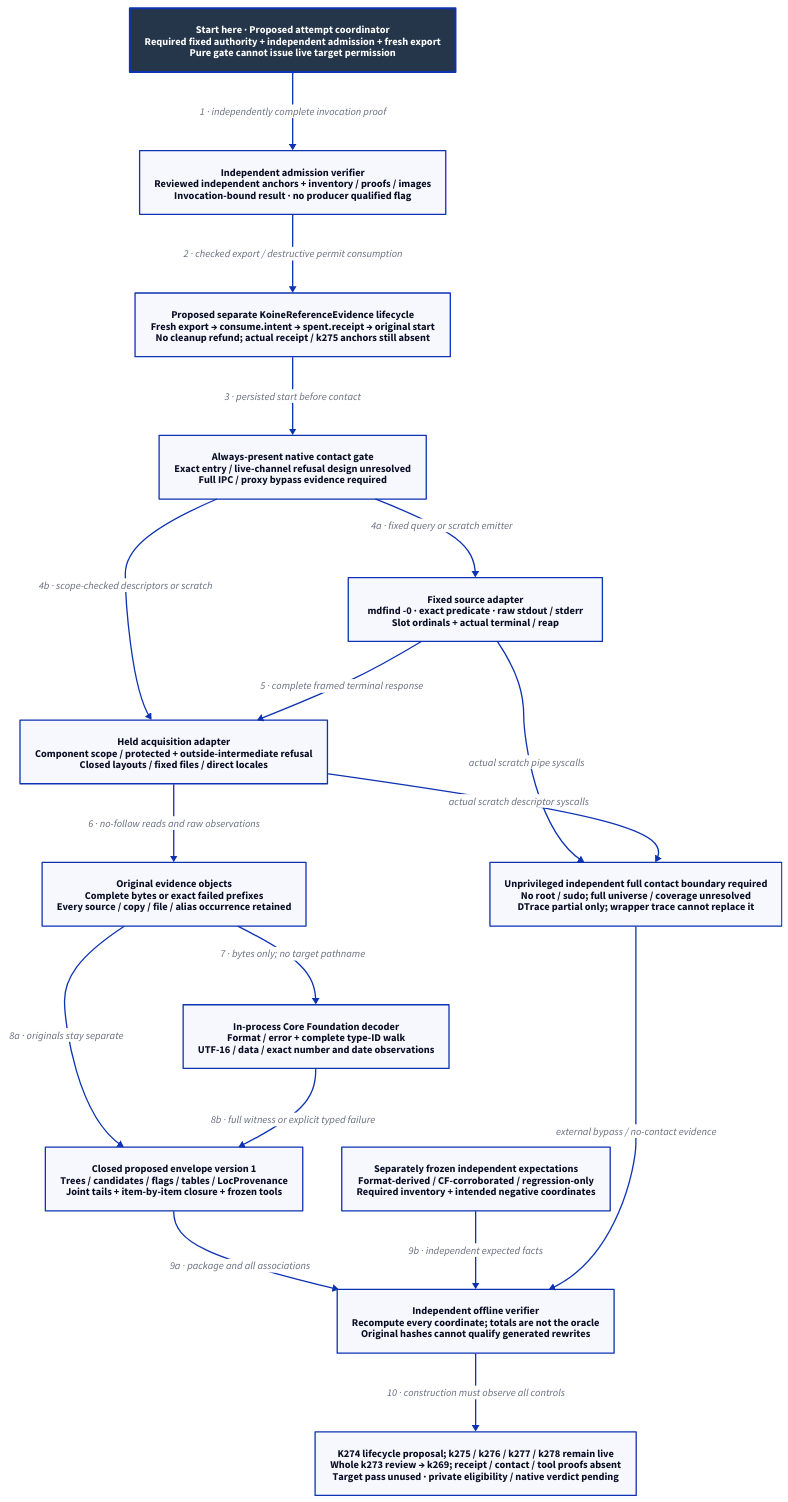
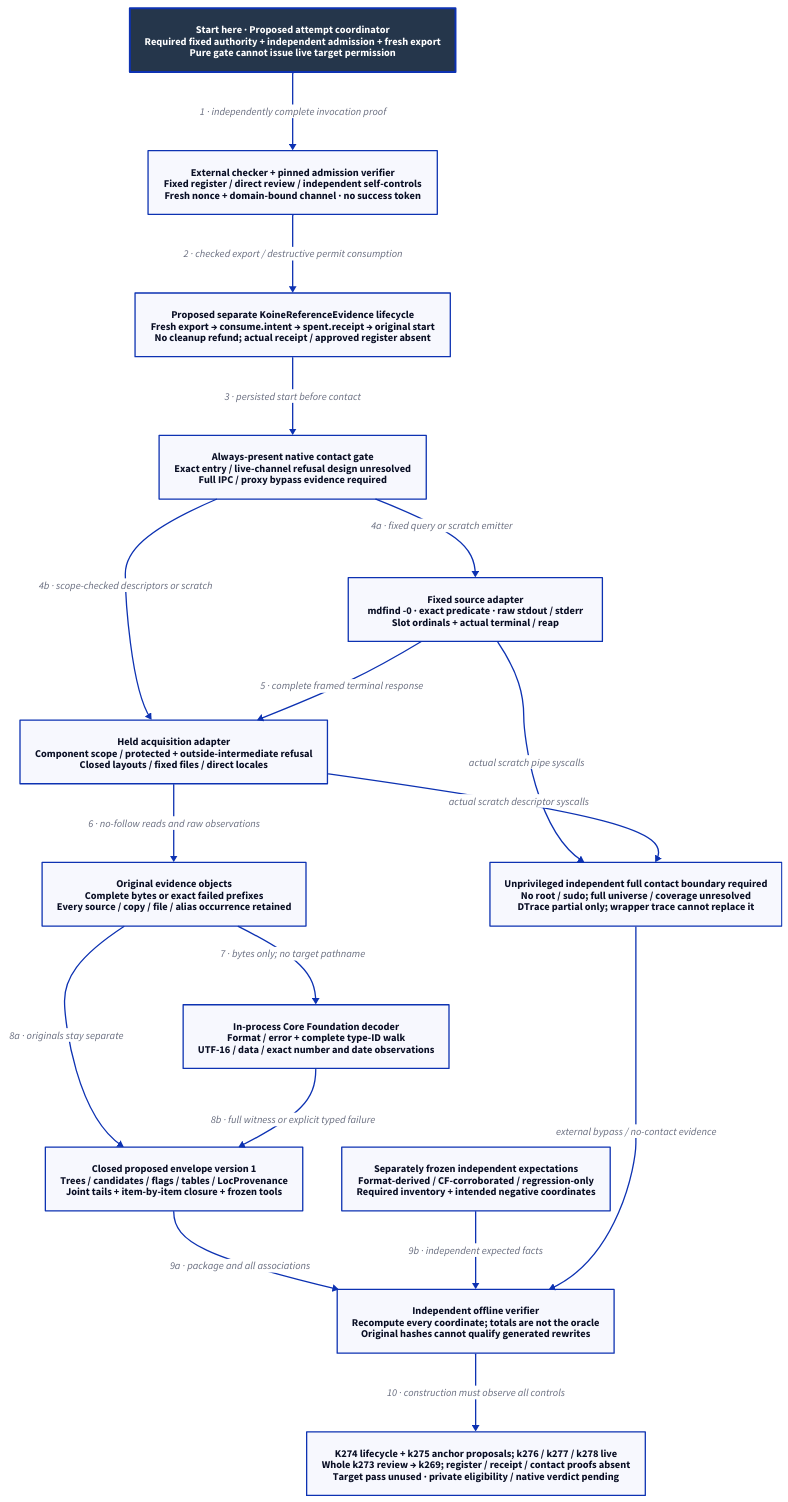
Before and after one commit to Linkuistics/Koine: the diagram in docs/design/architecture/native-reference-instrument.d2, drawn with D2. The commit also changed 17 other files, not shown here.

Commit message:
Design independent reference-evidence approval anchors (reference-evidence-independent-anchors-k275)

```diff
--- a/docs/design/architecture/native-reference-instrument.d2
+++ b/docs/design/architecture/native-reference-instrument.d2
@@ -1,34 +1,34 @@
 # Proposed evidence-tool components; none is implemented or qualified by this design.
 direction: down
 classes: {
   start: {style: {fill: "#25364B"; font-color: "#FFFFFF"; bold: true; stroke-width: 3}}
 }
 Start: "Start here · Proposed attempt coordinator\nRequired fixed authority + independent admission + fresh export\nPure gate cannot issue live target permission" {class: start}
-Admission: "Independent admission verifier\nReviewed independent anchors + inventory / proofs / images\nInvocation-bound result · no producer qualified flag"
-Authority: "Proposed separate KoineReferenceEvidence lifecycle\nFresh export → consume.intent → spent.receipt → original start\nNo cleanup refund; actual receipt / k275 anchors still absent"
+Admission: "External checker + pinned admission verifier\nFixed register / direct review / independent self-controls\nFresh nonce + domain-bound channel · no success token"
+Authority: "Proposed separate KoineReferenceEvidence lifecycle\nFresh export → consume.intent → spent.receipt → original start\nNo cleanup refund; actual receipt / approved register absent"
 Gate: "Always-present native contact gate\nExact entry / live-channel refusal design unresolved\nFull IPC / proxy bypass evidence required"
 Source: "Fixed source adapter\nmdfind -0 · exact predicate · raw stdout / stderr\nSlot ordinals + actual terminal / reap"
 Held: "Held acquisition adapter\nComponent scope / protected + outside-intermediate refusal\nClosed layouts / fixed files / direct locales"
 Objects: "Original evidence objects\nComplete bytes or exact failed prefixes\nEvery source / copy / file / alias occurrence retained"
 Decoder: "In-process Core Foundation decoder\nFormat / error + complete type-ID walk\nUTF-16 / data / exact number and date observations"
 Envelope: "Closed proposed envelope version 1\nTrees / candidates / flags / tables / LocProvenance\nJoint tails + item-by-item closure + frozen tools"
 Oracle: "Separately frozen independent expectations\nFormat-derived / CF-corroborated / regression-only\nRequired inventory + intended negative coordinates"
 Observer: "Unprivileged independent full contact boundary required\nNo root / sudo; full universe / coverage unresolved\nDTrace partial only; wrapper trace cannot replace it"
 Verifier: "Independent offline verifier\nRecompute every coordinate; totals are not the oracle\nOriginal hashes cannot qualify generated rewrites"
-Boundary: "K274 lifecycle proposal; k275 / k276 / k277 / k278 remain live\nWhole k273 review → k269; receipt / contact / tool proofs absent\nTarget pass unused · private eligibility / native verdict pending"
+Boundary: "K274 lifecycle + k275 anchor proposals; k276 / k277 / k278 live\nWhole k273 review → k269; register / receipt / contact proofs absent\nTarget pass unused · private eligibility / native verdict pending"
 Start -> Admission: "1 · independently complete invocation proof"
 Admission -> Authority: "2 · checked export / destructive permit consumption"
 Authority -> Gate: "3 · persisted start before contact"
 Gate -> Source: "4a · fixed query or scratch emitter"
 Gate -> Held: "4b · scope-checked descriptors or scratch"
 Source -> Held: "5 · complete framed terminal response"
 Held -> Objects: "6 · no-follow reads and raw observations"
 Objects -> Decoder: "7 · bytes only; no target pathname"
 Objects -> Envelope: "8a · originals stay separate"
 Decoder -> Envelope: "8b · full witness or explicit typed failure"
 Envelope -> Verifier: "9a · package and all associations"
 Oracle -> Verifier: "9b · independent expected facts"
 Source -> Observer: "actual scratch pipe syscalls"
 Held -> Observer: "actual scratch descriptor syscalls"
 Observer -> Verifier: "external bypass / no-contact evidence"
 Verifier -> Boundary: "10 · construction must observe all controls"
```
